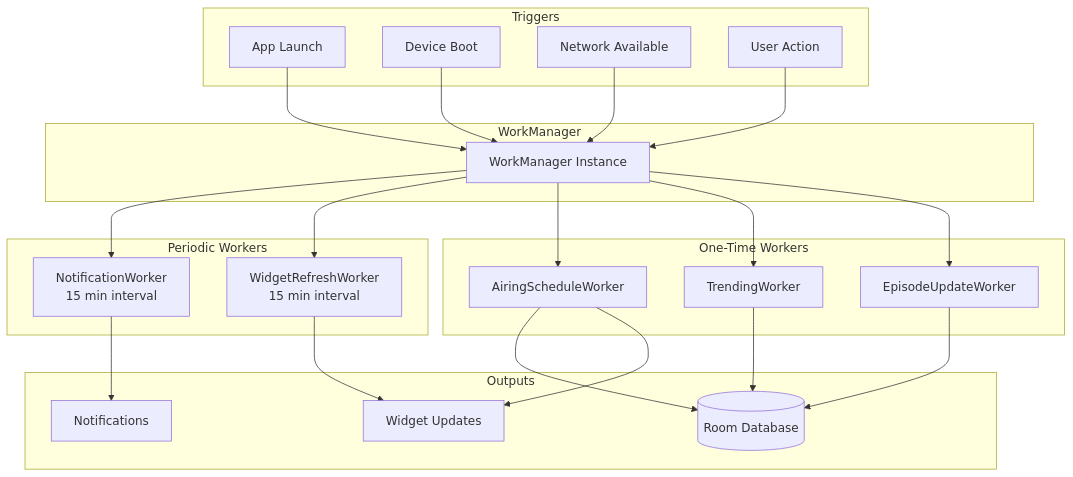
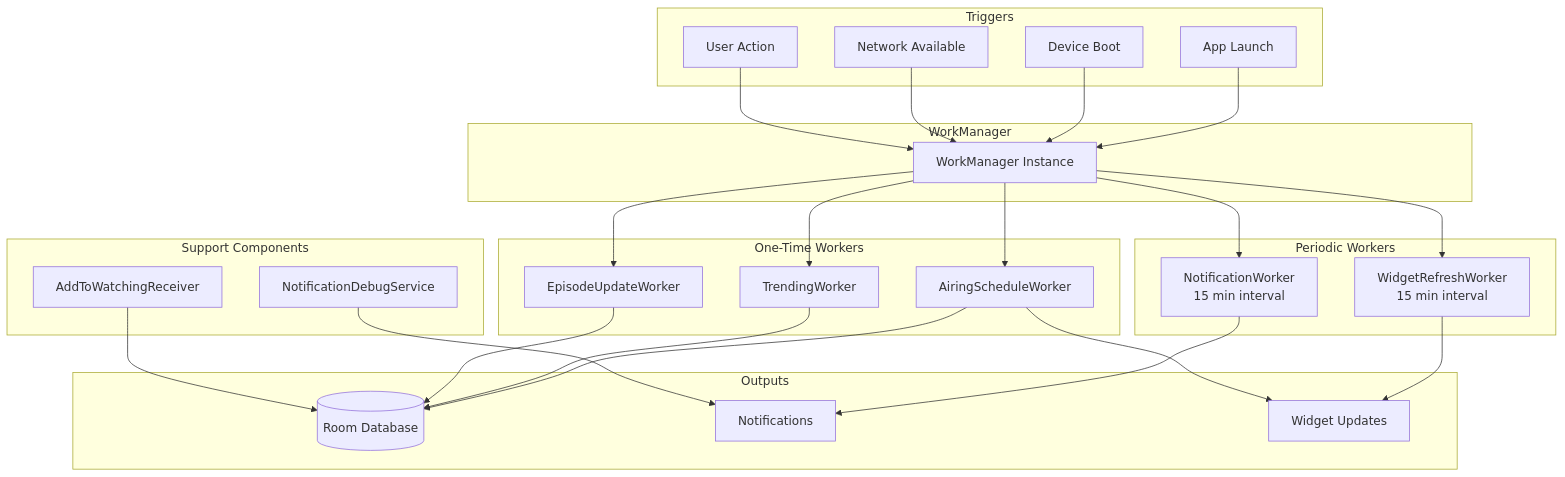
Before and after one commit to Marco-9456/AniSync: the fifth of 6 diagrams in docs/WIDGETS.md, drawn with Mermaid. The commit also changed other lines of this file and 6 other files, not shown here.

````diff
--- a/docs/WIDGETS.md
+++ b/docs/WIDGETS.md
@@ -347,48 +347,55 @@
 ```mermaid
 flowchart TB
     subgraph "WorkManager"
         WM[WorkManager Instance]
     end
 
     subgraph "Periodic Workers"
         NW[NotificationWorker<br/>15 min interval]
         WRW[WidgetRefreshWorker<br/>15 min interval]
     end
 
     subgraph "One-Time Workers"
         ASW[AiringScheduleWorker]
         TW[TrendingWorker]
         EUW[EpisodeUpdateWorker]
+    end
+
+    subgraph "Support Components"
+        ATWR[AddToWatchingReceiver]
+        NDS[NotificationDebugService]
     end
 
     subgraph "Triggers"
         APP[App Launch]
         BOOT[Device Boot]
         NETWORK[Network Available]
         USER[User Action]
     end
 
     WM --> NW
     WM --> WRW
     WM --> ASW
     WM --> TW
     WM --> EUW
 
     APP --> WM
     BOOT --> WM
     NETWORK --> WM
     USER --> WM
 
     subgraph "Outputs"
         DB[(Room Database)]
         NOTIF[Notifications]
         WIDGET[Widget Updates]
     end
 
     NW --> NOTIF
     WRW --> WIDGET
     ASW --> DB
     ASW --> WIDGET
     TW --> DB
     EUW --> DB
+    ATWR --> DB
+    NDS --> NOTIF
 ```
````
